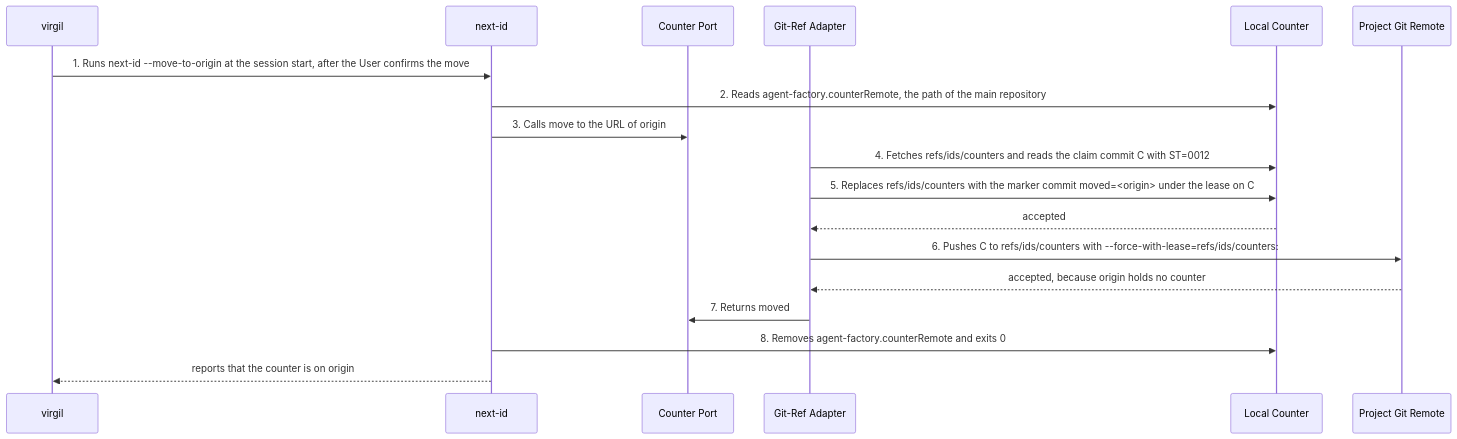
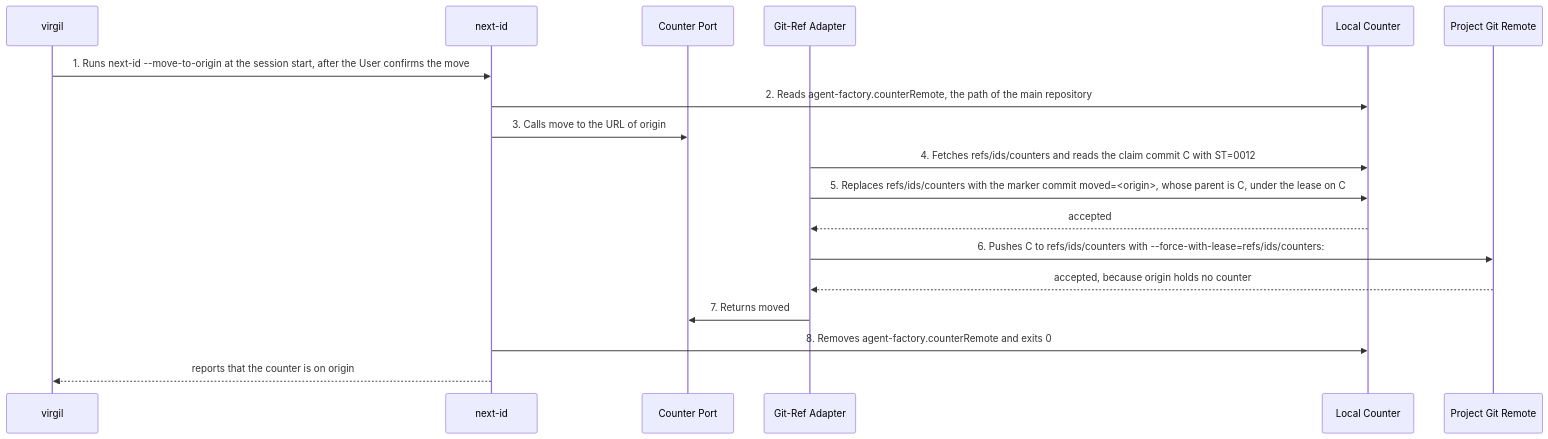
One commit to matthiasdaues/agent_factory changed diagram 24 of 25 in docs/arc42/06_runtime_view.md. Above: the diagram before and after it, drawn with Mermaid. The commit also changed other lines of this file and 14 other files, not shown here.

First line of the commit message:
docs: finish an interrupted move from the marker's parent (DEC-14)

````diff
--- a/docs/arc42/06_runtime_view.md
+++ b/docs/arc42/06_runtime_view.md
@@ -888,21 +888,21 @@
 ```mermaid
 sequenceDiagram
     participant VI as virgil
     participant NI as next-id
     participant CP as Counter Port
     participant GA as Git-Ref Adapter
     participant LC as Local Counter
     participant PR as Project Git Remote
 
     VI->>NI: 1. Runs next-id --move-to-origin at the session start, after the User confirms the move
     NI->>LC: 2. Reads agent-factory.counterRemote, the path of the main repository
     NI->>CP: 3. Calls move to the URL of origin
     GA->>LC: 4. Fetches refs/ids/counters and reads the claim commit C with ST=0012
-    GA->>LC: 5. Replaces refs/ids/counters with the marker commit moved=<origin> under the lease on C
+    GA->>LC: 5. Replaces refs/ids/counters with the marker commit moved=<origin>, whose parent is C, under the lease on C
     LC-->>GA: accepted
     GA->>PR: 6. Pushes C to refs/ids/counters with --force-with-lease=refs/ids/counters:
     PR-->>GA: accepted, because origin holds no counter
     GA->>CP: 7. Returns moved
     NI->>LC: 8. Removes agent-factory.counterRemote and exits 0
     NI-->>VI: reports that the counter is on origin
 ```
````
